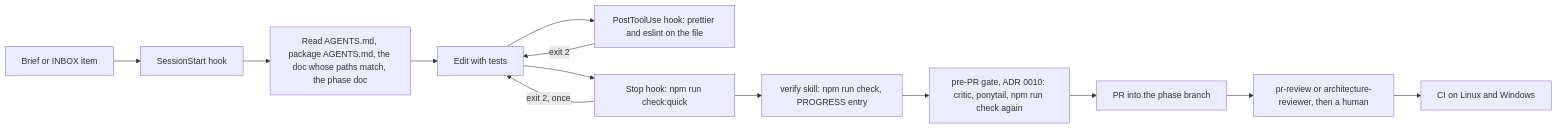
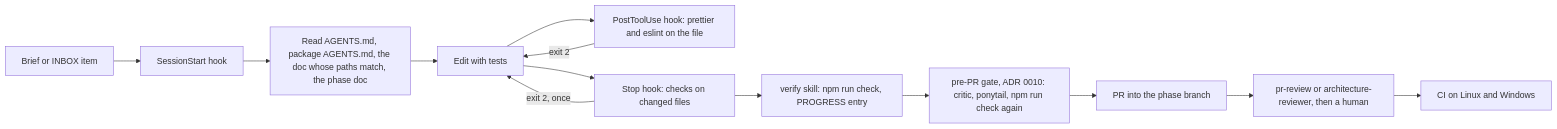
Before and after one commit to SamarjitBhogal/eternalus: the diagram in docs/architecture/16-agentic-harness.md, drawn with Mermaid. The commit also changed other lines of this file and 4 other files, not shown here.

Commit message:
docs(docs): record DEC-276 and the changed-file stop hook

````diff
--- a/docs/architecture/16-agentic-harness.md
+++ b/docs/architecture/16-agentic-harness.md
@@ -47,15 +47,15 @@
 ```mermaid
 flowchart LR
   A[Brief or INBOX item] --> B[SessionStart hook]
   B --> C[Read AGENTS.md, package AGENTS.md, the doc whose paths match, the phase doc]
   C --> D[Edit with tests]
   D --> E[PostToolUse hook: prettier and eslint on the file]
   E -->|exit 2| D
-  D --> F[Stop hook: npm run check:quick]
+  D --> F[Stop hook: checks on changed files]
   F -->|exit 2, once| D
   F --> G[verify skill: npm run check, PROGRESS entry]
   G --> G2[pre-PR gate, ADR 0010: critic, ponytail, npm run check again]
   G2 --> H[PR into the phase branch]
   H --> I[pr-review or architecture-reviewer, then a human]
   I --> J[CI on Linux and Windows]
 ```
````
